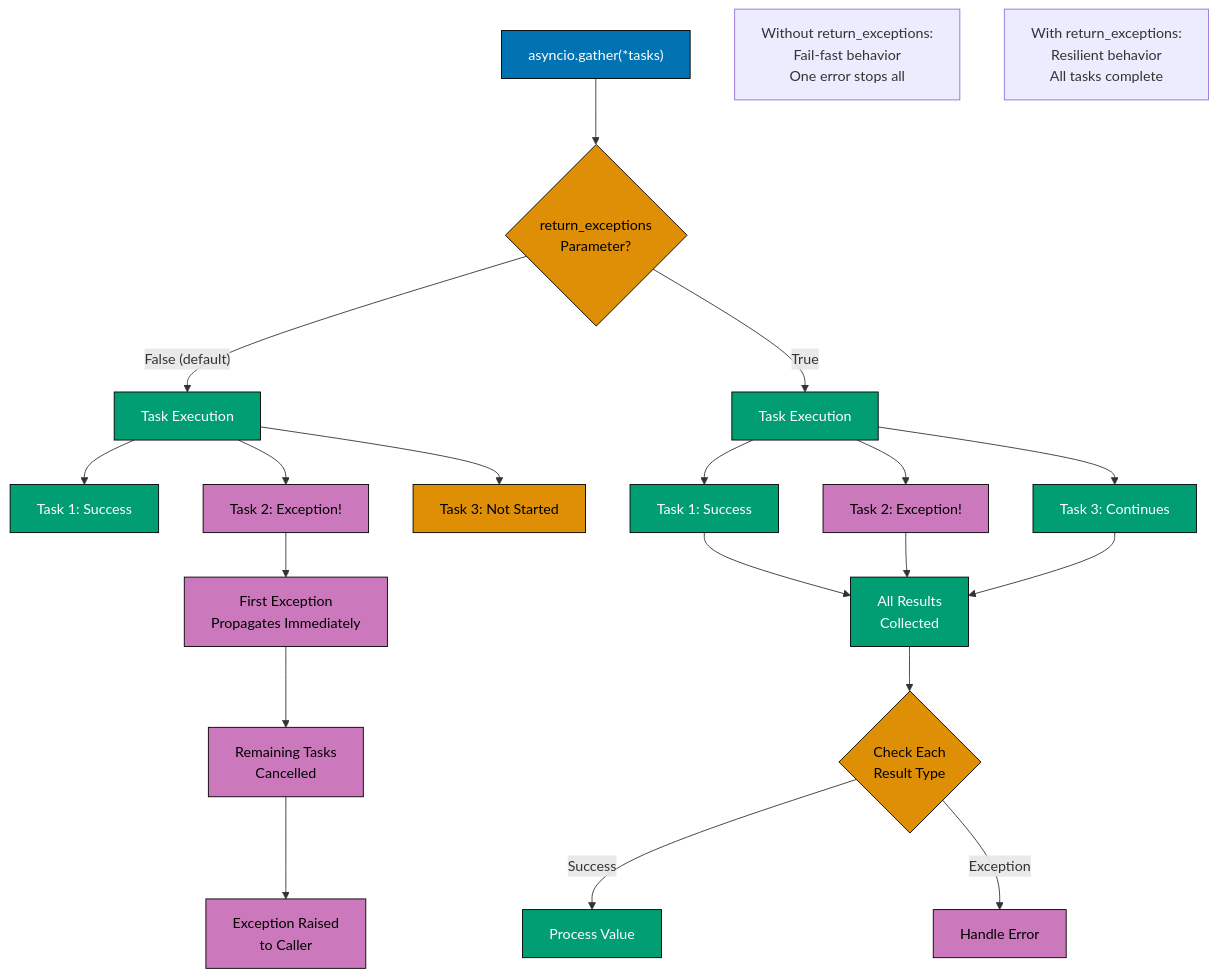
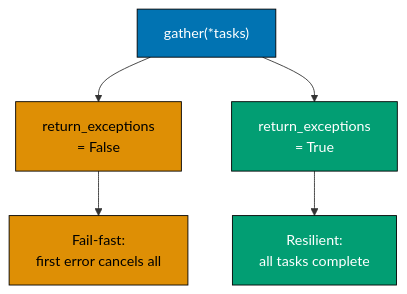
One commit to wahidyankf/ose-primer changed the eighth of 8 diagrams in docs/explanation/software-engineering/programming-languages/python/concurrency-and-parallelism.md. Above: the diagram before and after it, drawn with Mermaid. The commit also changed other lines of this file and 12 other files, not shown here.

Commit message:
fix(docs): fix mermaid violations in python/ docs (batch 2/10)

````diff
--- a/docs/explanation/software-engineering/programming-languages/python/concurrency-and-parallelism.md
+++ b/docs/explanation/software-engineering/programming-languages/python/concurrency-and-parallelism.md
@@ -733,38 +686,14 @@
 ```mermaid
 %% Color Palette: Blue #0173B2, Orange #DE8F05, Teal #029E73, Purple #CC78BC
 %% All colors are color-blind friendly and meet WCAG AA contrast standards
 
 graph TD
-    A["asyncio.gather(*tasks)"]:::blue --> B{"return_exceptions<br/>Parameter?"}:::orange
-
-    B -->|"False (default)"| C["Task Execution"]:::teal
-    B -->|"True"| D["Task Execution"]:::teal
-
-    C --> C1["Task 1: Success"]:::teal
-    C --> C2["Task 2: Exception!"]:::purple
-    C --> C3["Task 3: Not Started"]:::orange
-
-    C2 --> Fail["First Exception<br/>Propagates Immediately"]:::purple
-    Fail --> Cancel["Remaining Tasks<br/>Cancelled"]:::purple
-    Cancel --> Raise["Exception Raised<br/>to Caller"]:::purple
-
-    D --> D1["Task 1: Success"]:::teal
-    D --> D2["Task 2: Exception!"]:::purple
-    D --> D3["Task 3: Continues"]:::teal
-
-    D1 --> Results["All Results<br/>Collected"]:::teal
-    D2 --> Results
-    D3 --> Results
-
-    Results --> Check{"Check Each<br/>Result Type"}:::orange
-    Check -->|"Success"| Process["Process Value"]:::teal
-    Check -->|"Exception"| Handle["Handle Error"]:::purple
-
-    Note1["Without return_exceptions:<br/>Fail-fast behavior<br/>One error stops all"]
-    Note2["With return_exceptions:<br/>Resilient behavior<br/>All tasks complete"]
+    A["gather(*tasks)"]:::blue --> B["return_exceptions<br/>= False"]:::orange
+    A --> C["return_exceptions<br/>= True"]:::teal
+    B --> D["Fail-fast:<br/>first error cancels all"]:::orange
+    C --> E["Resilient:<br/>all tasks complete"]:::teal
 
     classDef blue fill:#0173B2,stroke:#000,color:#fff
     classDef orange fill:#DE8F05,stroke:#000,color:#000
     classDef teal fill:#029E73,stroke:#000,color:#fff
-    classDef purple fill:#CC78BC,stroke:#000,color:#000
 ```
````
